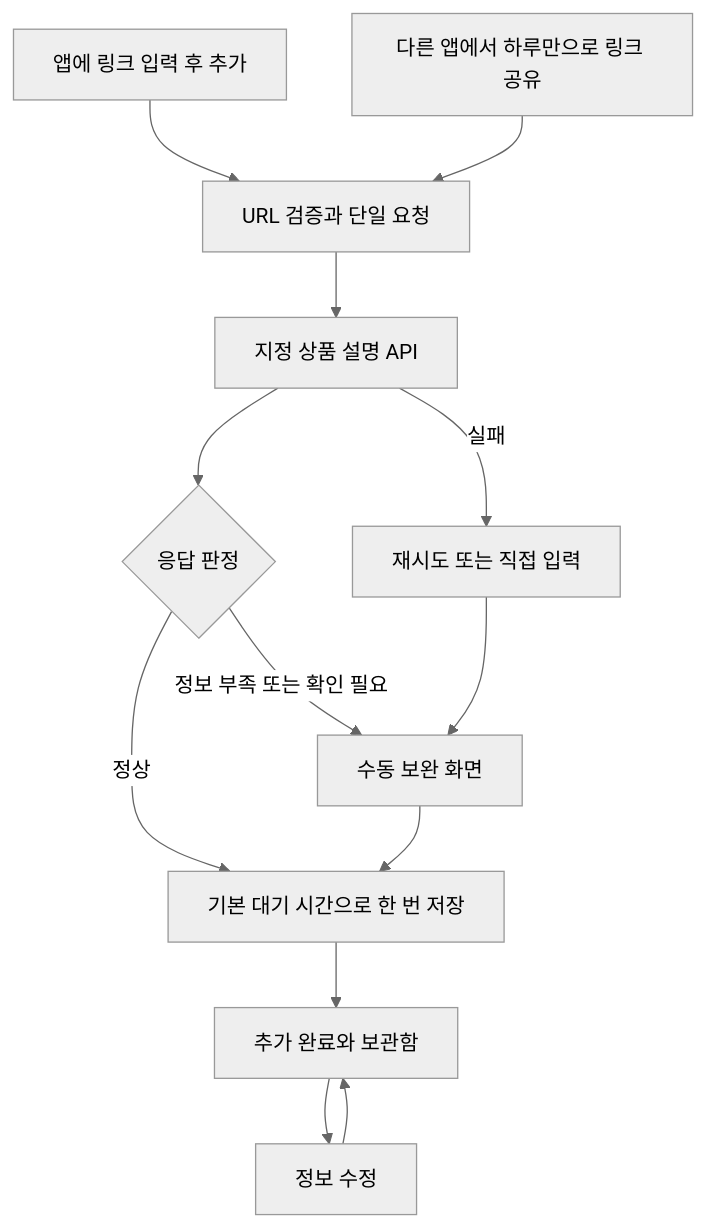
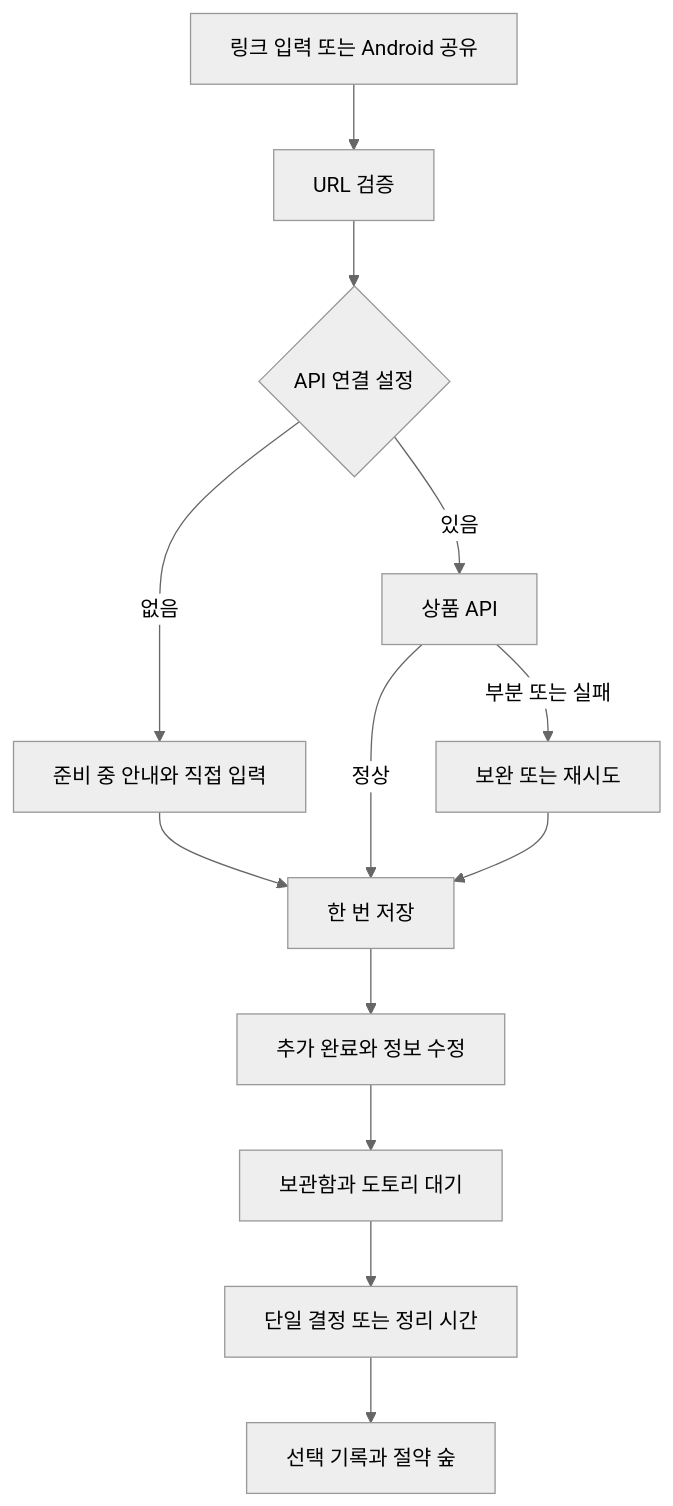
Before and after one commit to udonsari0101/Kakao_Ralphthon_Haruman: the diagram in GOAL_SPEC.md, drawn with Mermaid (neutral theme). The commit also changed other lines of this file and 131 other files, not shown here.

````diff
--- a/GOAL_SPEC.md
+++ b/GOAL_SPEC.md
@@ -54,15 +40,15 @@
 ```mermaid
 flowchart TD
-    A[앱에 링크 입력 후 추가] --> C[URL 검증과 단일 요청]
-    B[다른 앱에서 하루만으로 링크 공유] --> C
-    C --> D[지정 상품 설명 API]
-    D --> E{응답 판정}
-    E -->|정상| F[기본 대기 시간으로 한 번 저장]
-    E -->|정보 부족 또는 확인 필요| G[수동 보완 화면]
-    D -->|실패| H[재시도 또는 직접 입력]
+    A[링크 입력 또는 Android 공유] --> B[URL 검증]
+    B --> C{API 연결 설정}
+    C -->|없음| D[준비 중 안내와 직접 입력]
+    C -->|있음| E[상품 API]
+    E -->|정상| F[한 번 저장]
+    E -->|부분 또는 실패| G[보완 또는 재시도]
+    D --> F
     G --> F
-    H --> G
-    F --> I[추가 완료와 보관함]
-    I --> J[정보 수정]
-    J --> I
+    F --> H[추가 완료와 정보 수정]
+    H --> I[보관함과 도토리 대기]
+    I --> J[단일 결정 또는 정리 시간]
+    J --> K[선택 기록과 절약 숲]
 ```
````
